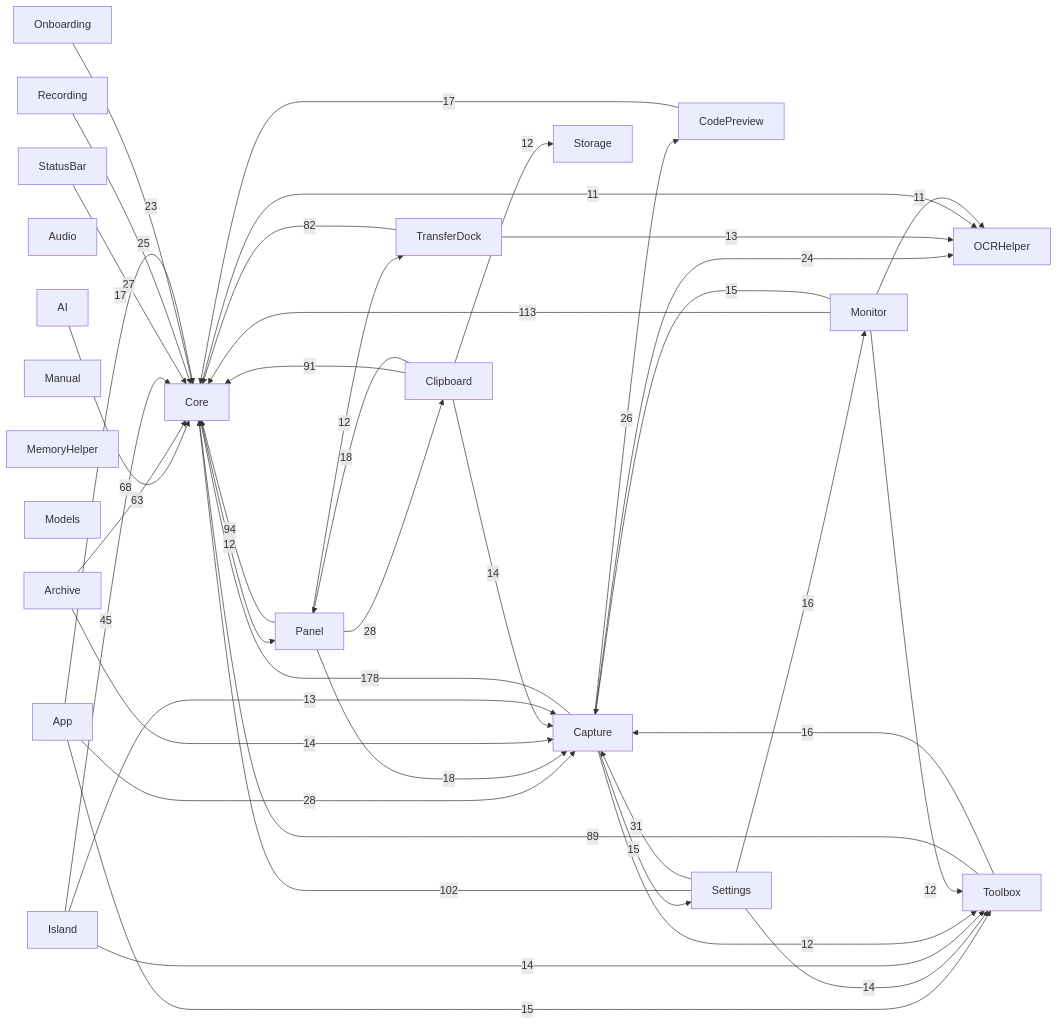
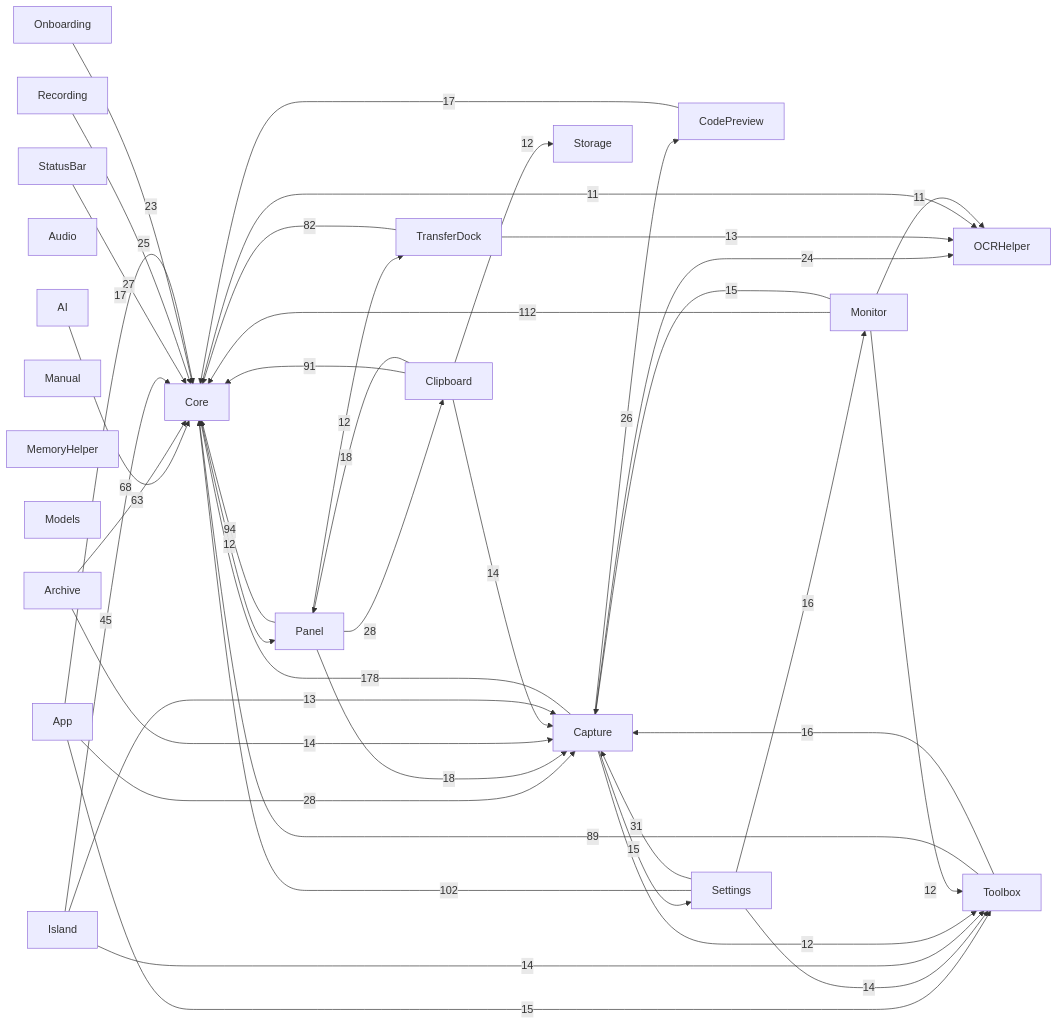
The diagram in docs/00-总览/模块依赖图.md (sxyq/Kitnest), drawn with Mermaid before and after one commit. The commit also changed other lines of this file and 7 other files, not shown here.

````diff
--- a/docs/00-总览/模块依赖图.md
+++ b/docs/00-总览/模块依赖图.md
@@ -36,65 +36,65 @@
 ```mermaid
 flowchart LR
   M0["AI"]
   M1["App"]
   M2["Archive"]
   M3["Audio"]
   M4["Capture"]
   M5["Clipboard"]
   M6["CodePreview"]
   M7["Core"]
   M8["Island"]
   M9["Manual"]
   M10["MemoryHelper"]
   M11["Models"]
   M12["Monitor"]
   M13["OCRHelper"]
   M14["Onboarding"]
   M15["Panel"]
   M16["Recording"]
   M17["Settings"]
   M18["StatusBar"]
   M19["Storage"]
   M20["Toolbox"]
   M21["TransferDock"]
   M4 -->|178| M7
-  M12 -->|113| M7
+  M12 -->|112| M7
   M17 -->|102| M7
   M15 -->|94| M7
   M5 -->|91| M7
   M20 -->|89| M7
   M21 -->|82| M7
   M0 -->|68| M7
   M2 -->|63| M7
   M8 -->|45| M7
   M17 -->|31| M4
   M1 -->|28| M4
   M15 -->|28| M5
   M18 -->|27| M7
   M4 -->|26| M6
   M16 -->|25| M7
   M4 -->|24| M13
   M14 -->|23| M7
   M15 -->|18| M4
   M5 -->|18| M15
   M1 -->|17| M7
   M6 -->|17| M7
   M17 -->|16| M12
   M20 -->|16| M4
   M1 -->|15| M20
   M4 -->|15| M17
   M12 -->|15| M4
   M17 -->|14| M20
   M2 -->|14| M4
   M8 -->|14| M20
   M5 -->|14| M4
   M8 -->|13| M4
   M21 -->|13| M13
   M7 -->|12| M15
   M4 -->|12| M20
   M12 -->|12| M20
   M15 -->|12| M21
   M5 -->|12| M19
   M7 -->|11| M13
   M12 -->|11| M13
 ```
````
